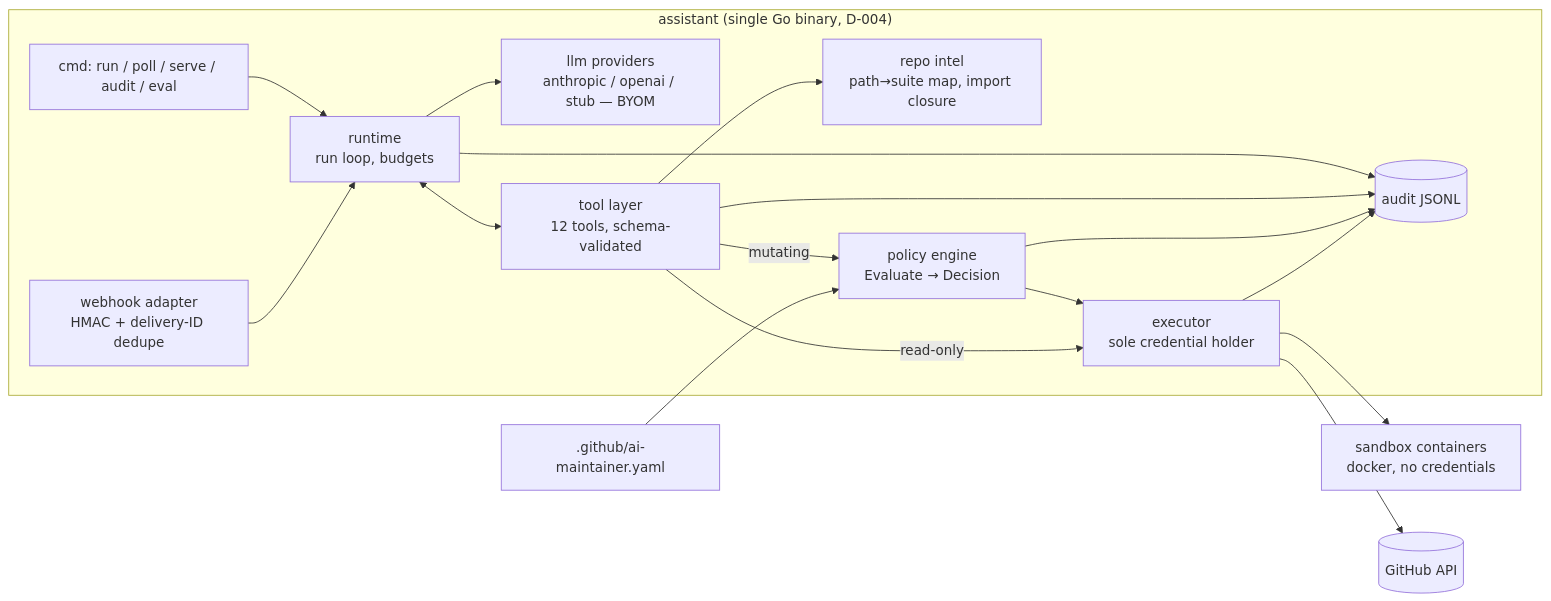
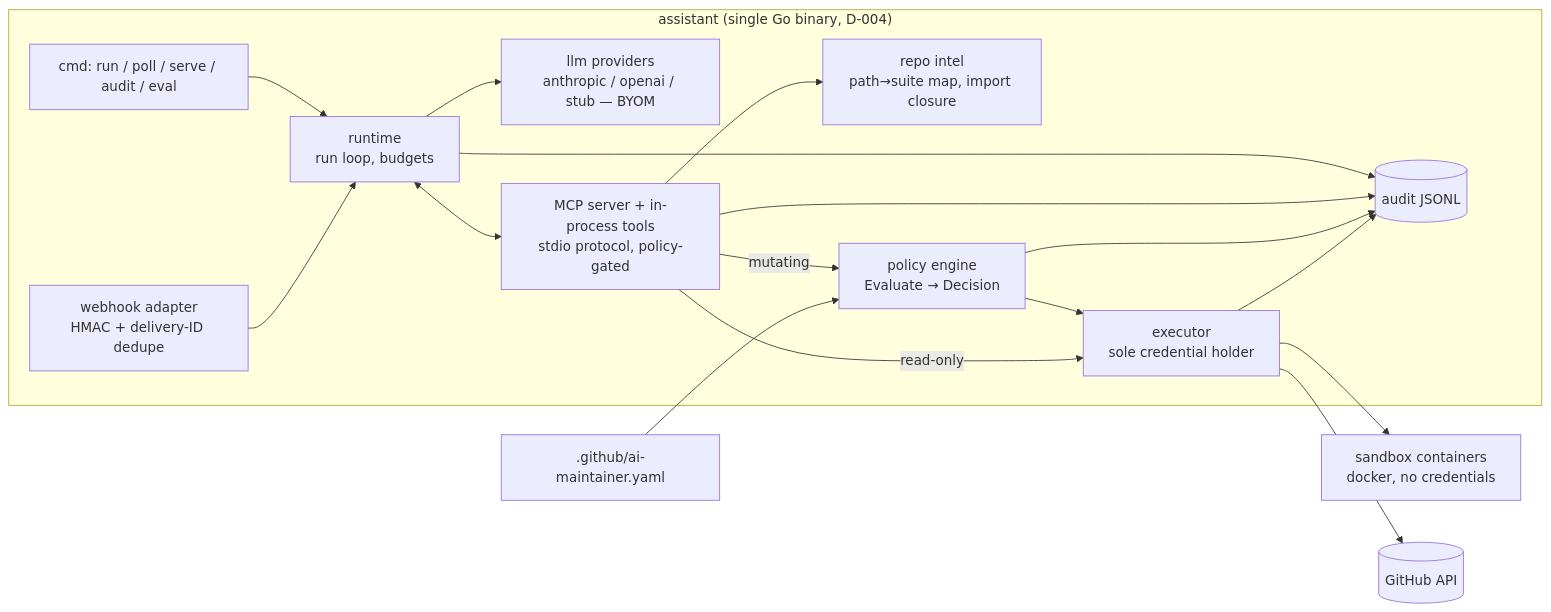
The first of 2 diagrams in docs/ARCHITECTURE.md (amartyatatspandey/kyverno-ai-maintainer), drawn with Mermaid before and after one commit. The commit also changed other lines of this file and 10 other files, not shown here.

````diff
--- a/docs/ARCHITECTURE.md
+++ b/docs/ARCHITECTURE.md
@@ -7,27 +7,27 @@
 ```mermaid
 flowchart LR
     subgraph HOST["assistant (single Go binary, D-004)"]
         CLI[cmd: run / poll / serve / audit / eval]
         WH[webhook adapter<br/>HMAC + delivery-ID dedupe]
         RT[runtime<br/>run loop, budgets]
         LLMP[llm providers<br/>anthropic / openai / stub — BYOM]
-        TOOLS[tool layer<br/>12 tools, schema-validated]
+        TOOLS[MCP server + in-process tools<br/>stdio protocol, policy-gated]
         INTEL[repo intel<br/>path→suite map, import closure]
         POL[policy engine<br/>Evaluate → Decision]
         EXEC[executor<br/>sole credential holder]
         AUD[(audit JSONL)]
     end
     SBX[sandbox containers<br/>docker, no credentials]
     GH[(GitHub API)]
     CFG[.github/ai-maintainer.yaml]
 
     CLI --> RT --> LLMP
     WH --> RT
     RT <--> TOOLS
     TOOLS --> INTEL
     TOOLS -- mutating --> POL --> EXEC --> GH
     TOOLS -- read-only --> EXEC
     EXEC --> SBX
     CFG --> POL
     RT & TOOLS & POL & EXEC --> AUD
 ```
````
